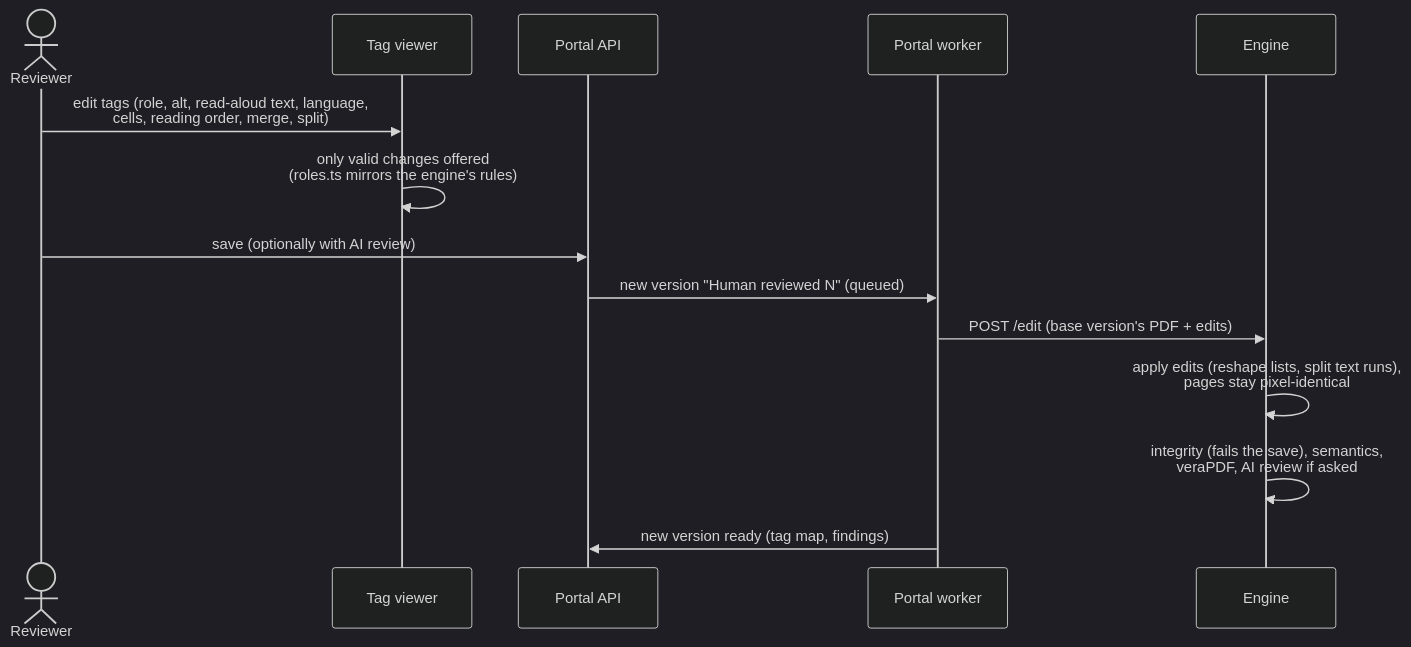
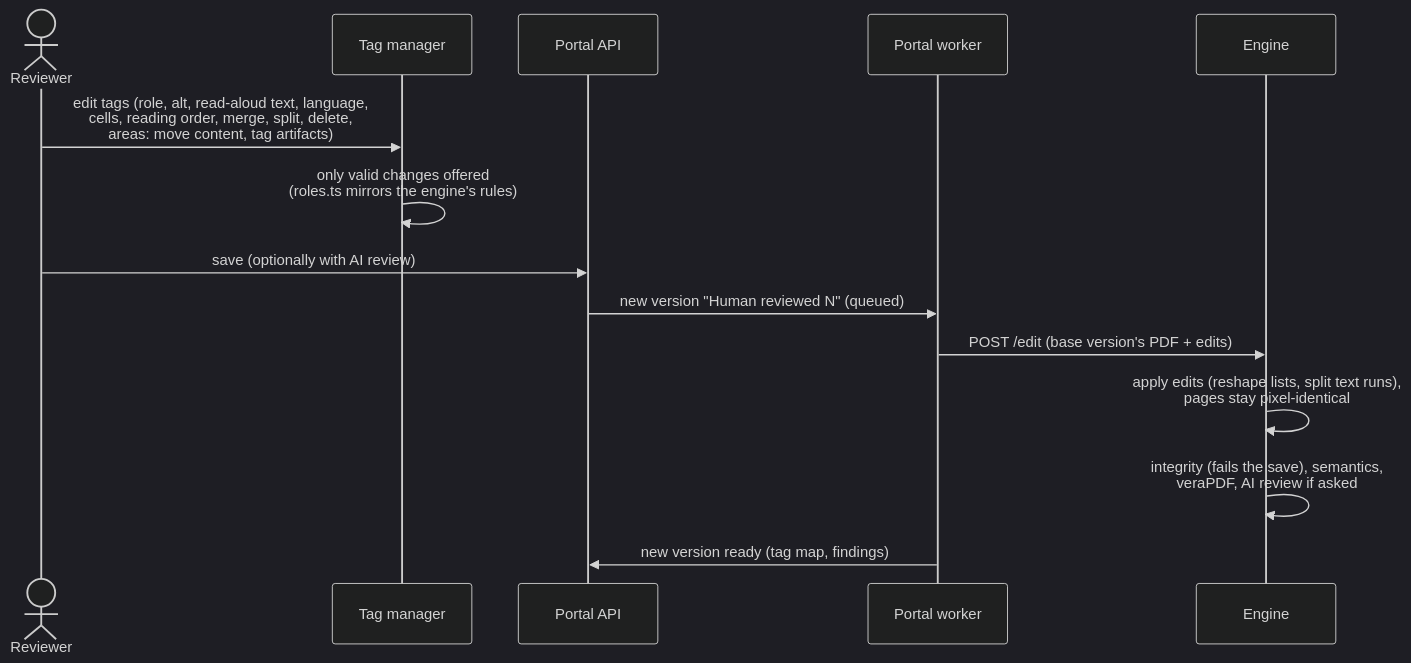
One commit to buffcleb/pdf-accessibility-remediation changed the diagram in docs/architecture/tag-editor.md. Above: the diagram before and after it, drawn with Mermaid (dark theme). The commit also changed other lines of this file and 390 other files, not shown here.

````diff
--- a/docs/architecture/tag-editor.md
+++ b/docs/architecture/tag-editor.md
@@ -8,16 +8,16 @@
 ```mermaid
 sequenceDiagram
   actor R as Reviewer
-  participant V as Tag viewer
+  participant V as Tag manager
   participant P as Portal API
   participant W as Portal worker
   participant E as Engine
-  R->>V: edit tags (role, alt, read-aloud text, language,<br/>cells, reading order, merge, split)
+  R->>V: edit tags (role, alt, read-aloud text, language,<br/>cells, reading order, merge, split, delete,<br/>areas: move content, tag artifacts)
   V->>V: only valid changes offered<br/>(roles.ts mirrors the engine's rules)
   R->>P: save (optionally with AI review)
   P->>W: new version "Human reviewed N" (queued)
   W->>E: POST /edit (base version's PDF + edits)
   E->>E: apply edits (reshape lists, split text runs),<br/>pages stay pixel-identical
   E->>E: integrity (fails the save), semantics,<br/>veraPDF, AI review if asked
   W->>P: new version ready (tag map, findings)
 ```
````
